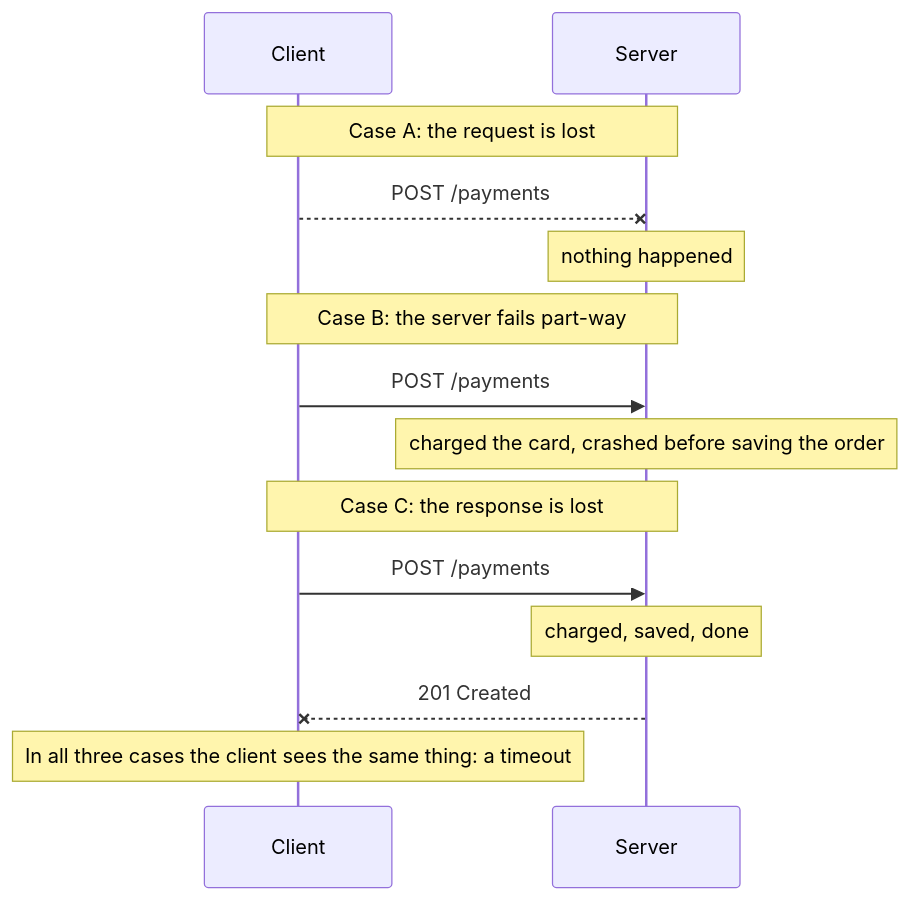
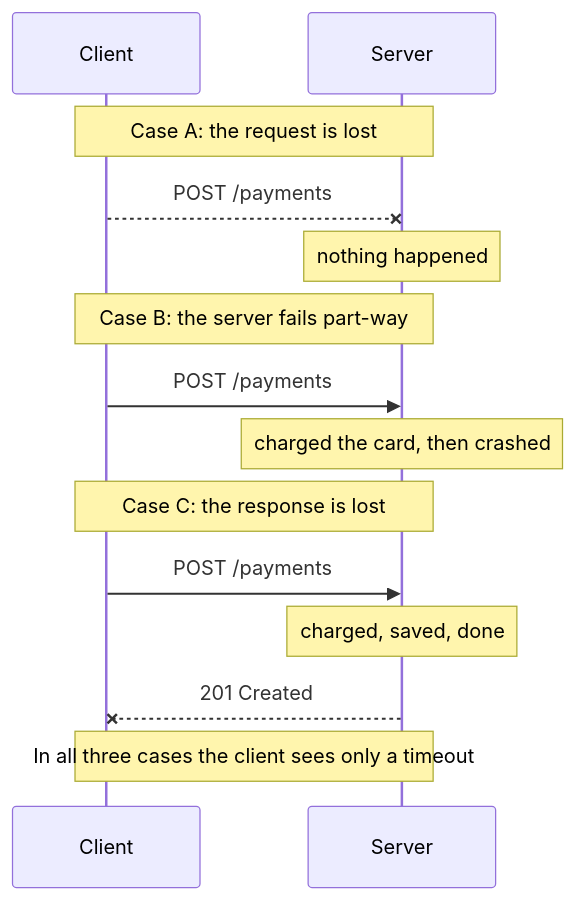
One commit to sidsaurav/Sys-design changed the first of 2 diagrams in phase-1-foundations/05-timeouts-retries-idempotency.md. Above: the diagram before and after it, drawn with Mermaid. The commit also changed other lines of this file and 11 other files, not shown here.

````diff
--- a/phase-1-foundations/05-timeouts-retries-idempotency.md
+++ b/phase-1-foundations/05-timeouts-retries-idempotency.md
@@ -39,16 +39,16 @@
 ```mermaid
 sequenceDiagram
     participant C as Client
     participant S as Server
     Note over C,S: Case A: the request is lost
     C--xS: POST /payments
     Note over S: nothing happened
     Note over C,S: Case B: the server fails part-way
     C->>S: POST /payments
-    Note over S: charged the card, crashed before saving the order
+    Note over S: charged the card, then crashed
     Note over C,S: Case C: the response is lost
     C->>S: POST /payments
     Note over S: charged, saved, done
     S--xC: 201 Created
-    Note over C: In all three cases the client sees the same thing: a timeout
+    Note over C,S: In all three cases the client sees only a timeout
 ```
````
